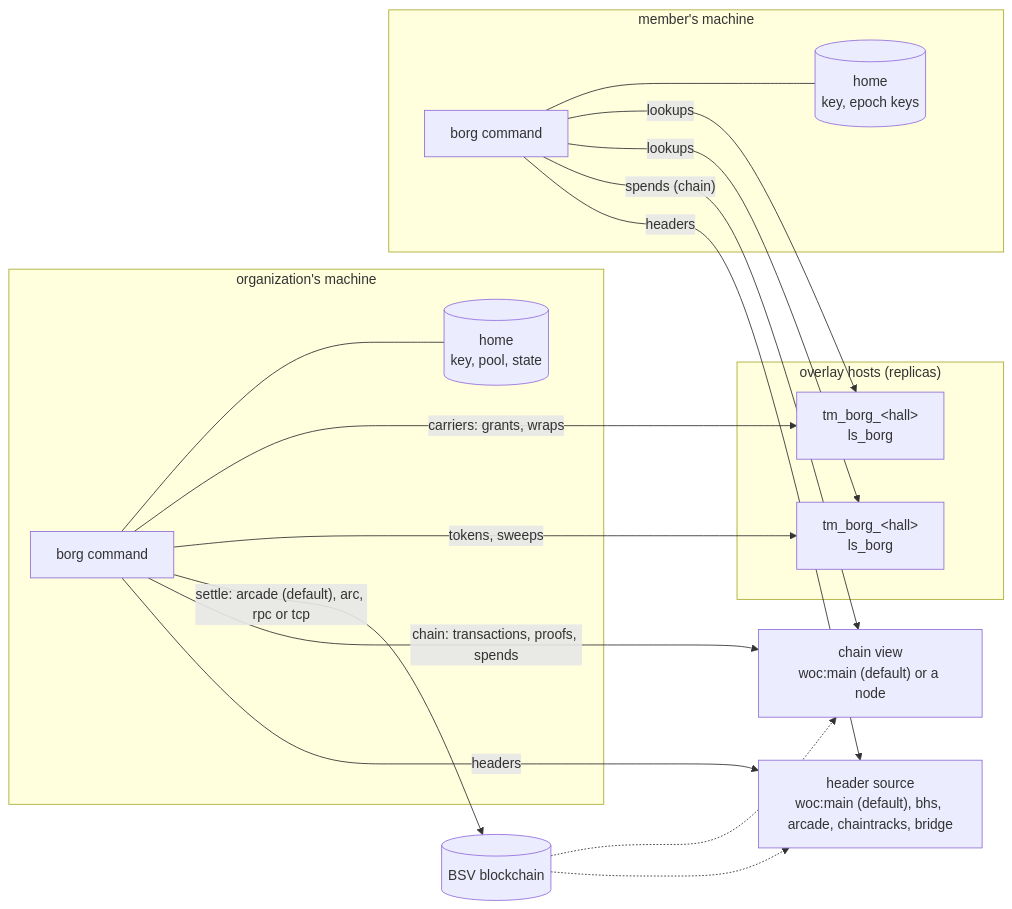
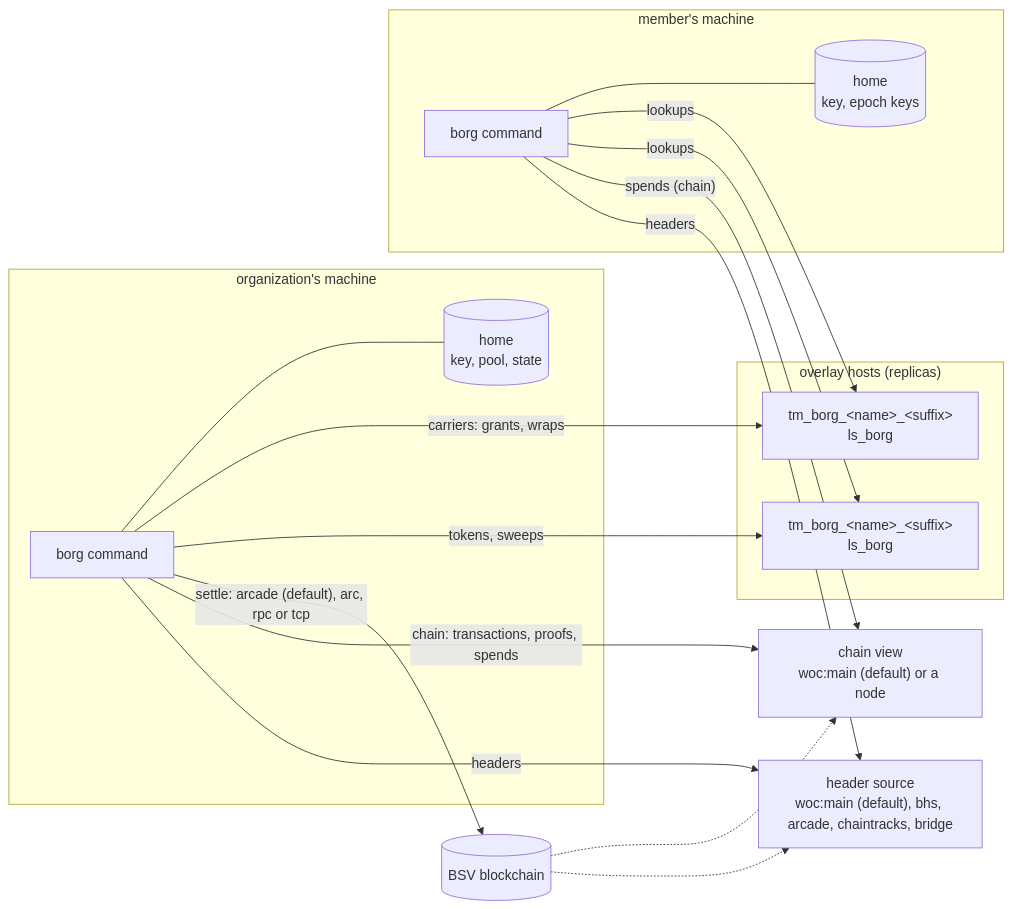
Before and after one commit to lightwebinc/borg: the diagram in docs/architecture.md, drawn with Mermaid. The commit also changed 3 other files, not shown here.

````diff
--- a/docs/architecture.md
+++ b/docs/architecture.md
@@ -8,24 +8,24 @@
 ```mermaid
 flowchart LR
   subgraph org["organization's machine"]
     OB["borg command"] --- OH[("home<br/>key, pool, state")]
   end
   subgraph member["member's machine"]
     MB["borg command"] --- MH[("home<br/>key, epoch keys")]
   end
   subgraph hosts["overlay hosts (replicas)"]
-    H1["tm_borg_&lt;hall&gt;<br/>ls_borg"]
-    H2["tm_borg_&lt;hall&gt;<br/>ls_borg"]
+    H1["tm_borg_&lt;name&gt;_&lt;suffix&gt;<br/>ls_borg"]
+    H2["tm_borg_&lt;name&gt;_&lt;suffix&gt;<br/>ls_borg"]
   end
   OB -->|"carriers: grants, wraps"| H1
   OB -->|"tokens, sweeps"| H2
   OB -->|"settle: arcade (default), arc, rpc or tcp"| BSV[("BSV blockchain")]
   OB -->|"chain: transactions, proofs, spends"| N["chain view<br/>woc:main (default) or a node"]
   MB -->|lookups| H1
   MB -->|lookups| H2
   MB -->|"spends (chain)"| N
   OB -->|headers| HS["header source<br/>woc:main (default), bhs, arcade, chaintracks, bridge"]
   MB -->|headers| HS
   BSV -.-> N
   BSV -.-> HS
 ```
````
